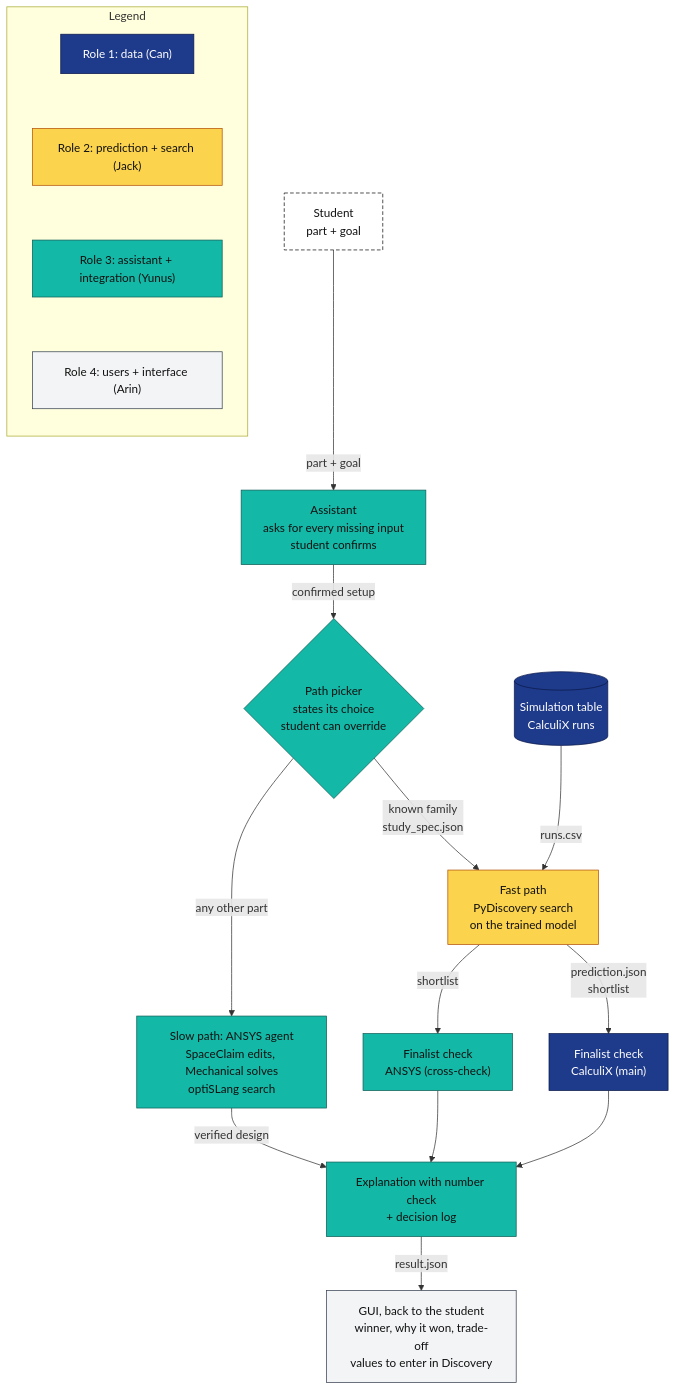
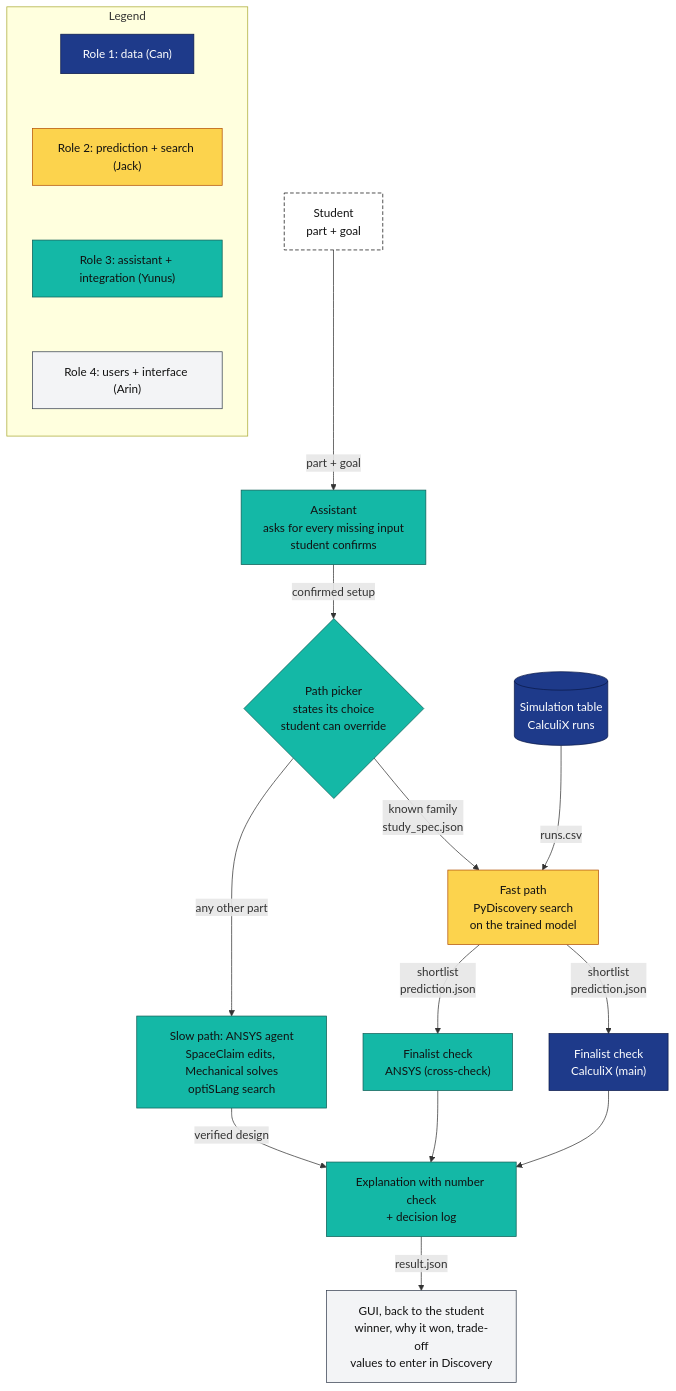
Before and after one commit to jackstev-edu/SimpleSim: the diagram in docs/figures/system-overview.mmd, drawn with Mermaid. The commit also changed 8 other files, not shown here.

First line of the commit message:
docs: fix review findings in system diagrams

```diff
--- a/docs/figures/system-overview.mmd
+++ b/docs/figures/system-overview.mmd
@@ -1,43 +1,43 @@
 graph TD
   S["Student<br/>part + goal"]
   A["Assistant<br/>asks for every missing input<br/>student confirms"]
   P{"Path picker<br/>states its choice<br/>student can override"}
   D[("Simulation table<br/>CalculiX runs")]
   M["Fast path<br/>PyDiscovery search<br/>on the trained model"]
   V1["Finalist check<br/>CalculiX (main)"]
   V2["Finalist check<br/>ANSYS (cross-check)"]
   G["Slow path: ANSYS agent<br/>SpaceClaim edits, Mechanical solves<br/>optiSLang search"]
   E["Explanation with number check<br/>+ decision log"]
   U["GUI, back to the student<br/>winner, why it won, trade-off<br/>values to enter in Discovery"]
 
   S -->|"part + goal"| A
   A -->|"confirmed setup"| P
   P -->|"known family<br/>study_spec.json"| M
   D -->|"runs.csv"| M
-  M -->|"prediction.json<br/>shortlist"| V1
-  M -->|"shortlist"| V2
+  M -->|"shortlist<br/>prediction.json"| V1
+  M -->|"shortlist<br/>prediction.json"| V2
   P -->|"any other part"| G
   V1 --> E
   V2 --> E
   G -->|"verified design"| E
   E -->|"result.json"| U
 
   subgraph Legend
     direction TB
     L1["Role 1: data (Can)"]
     L2["Role 2: prediction + search (Jack)"]
     L3["Role 3: assistant + integration (Yunus)"]
     L4["Role 4: users + interface (Arin)"]
     L1 ~~~ L2 ~~~ L3 ~~~ L4
   end
 
   classDef role1 fill:#1E3A8A,stroke:#0B1A4A,color:#FFFFFF
   classDef role2 fill:#FCD34D,stroke:#B45309,color:#111111
   classDef role3 fill:#14B8A6,stroke:#0F5F57,color:#111111
   classDef role4 fill:#F3F4F6,stroke:#374151,color:#111111
   classDef user fill:#FFFFFF,stroke:#111111,stroke-dasharray:5 3,color:#111111
   class D,V1,L1 role1
   class M,L2 role2
   class A,P,V2,G,E,L3 role3
   class U,L4 role4
   class S user
```
